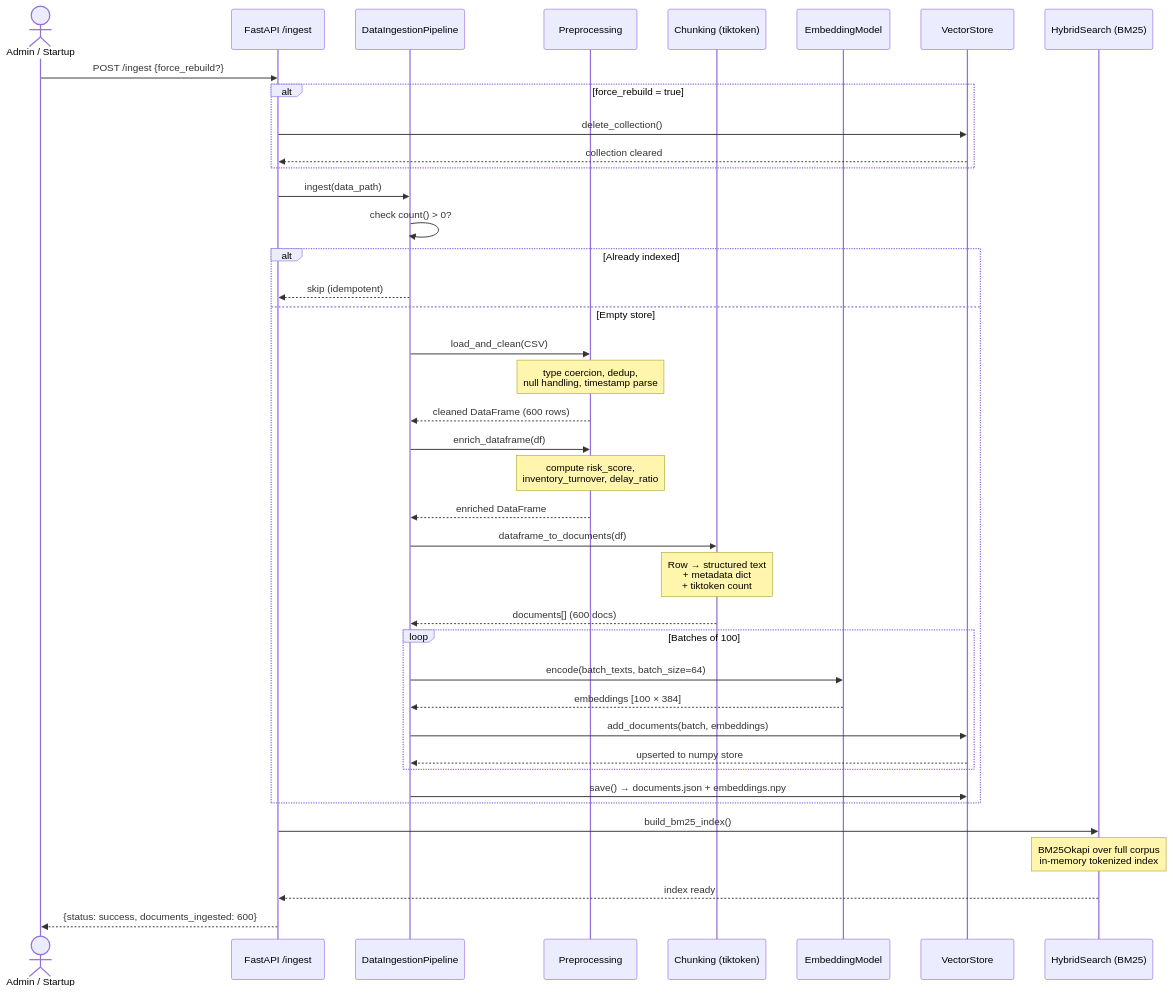
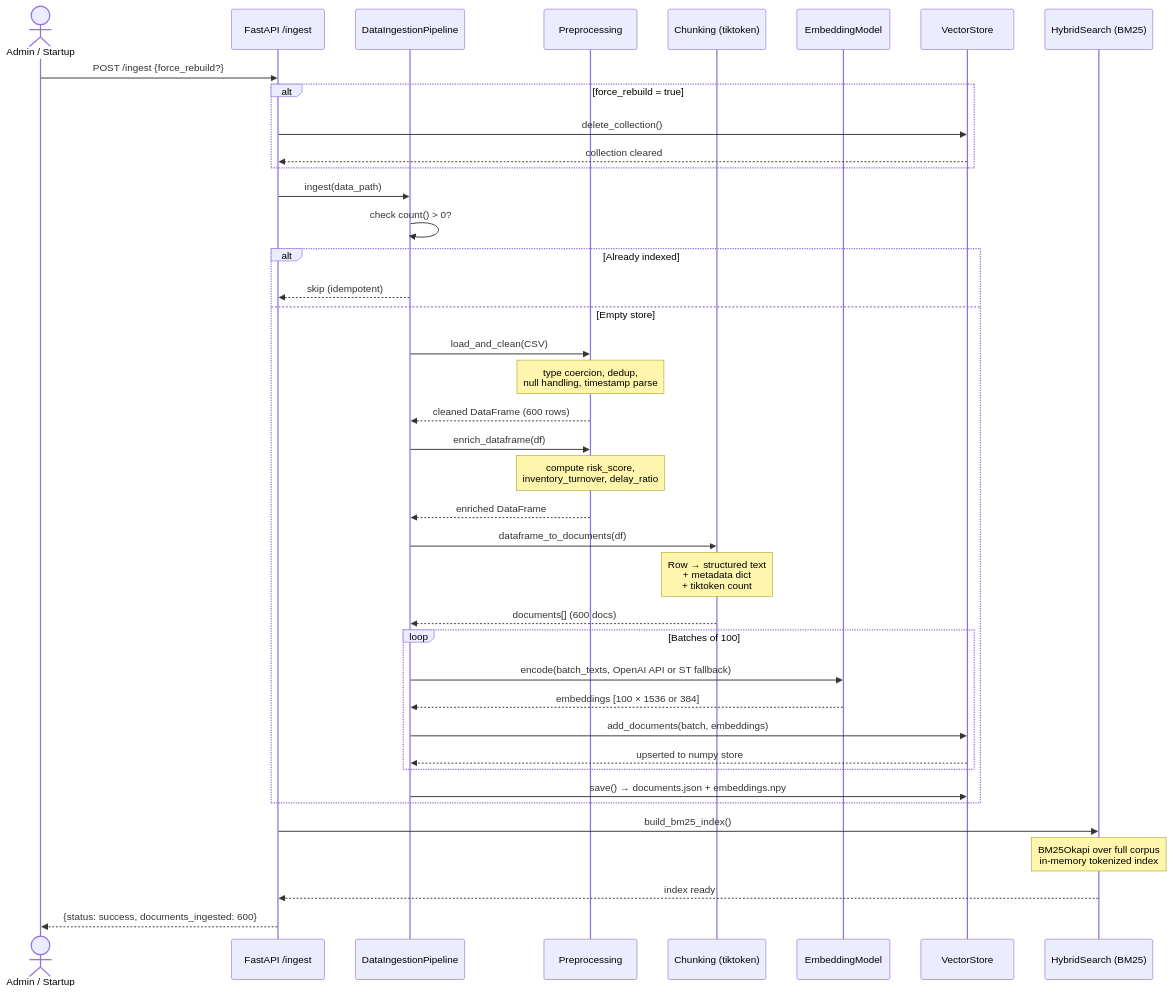
The fourth of 9 diagrams in diagrams/DIAGRAMS.md (sidsingh17/Capstone-Project), drawn with Mermaid before and after one commit. The commit also changed other lines of this file and 5 other files, not shown here.

````diff
--- a/diagrams/DIAGRAMS.md
+++ b/diagrams/DIAGRAMS.md
@@ -170,52 +171,52 @@
 ```mermaid
 sequenceDiagram
     actor ADM as Admin / Startup
     participant API as FastAPI /ingest
     participant PIP as DataIngestionPipeline
     participant PRE as Preprocessing
     participant CHK as Chunking (tiktoken)
     participant EM as EmbeddingModel
     participant VS as VectorStore
     participant BM as HybridSearch (BM25)
 
     ADM->>API: POST /ingest {force_rebuild?}
     
     alt force_rebuild = true
         API->>VS: delete_collection()
         VS-->>API: collection cleared
     end
 
     API->>PIP: ingest(data_path)
     PIP->>PIP: check count() > 0?
     
     alt Already indexed
         PIP-->>API: skip (idempotent)
     else Empty store
         PIP->>PRE: load_and_clean(CSV)
         Note over PRE: type coercion, dedup,<br/>null handling, timestamp parse
         PRE-->>PIP: cleaned DataFrame (600 rows)
 
         PIP->>PRE: enrich_dataframe(df)
         Note over PRE: compute risk_score,<br/>inventory_turnover, delay_ratio
         PRE-->>PIP: enriched DataFrame
 
         PIP->>CHK: dataframe_to_documents(df)
         Note over CHK: Row → structured text<br/>+ metadata dict<br/>+ tiktoken count
         CHK-->>PIP: documents[] (600 docs)
 
         loop Batches of 100
-            PIP->>EM: encode(batch_texts, batch_size=64)
-            EM-->>PIP: embeddings [100 × 384]
+            PIP->>EM: encode(batch_texts, OpenAI API or ST fallback)
+            EM-->>PIP: embeddings [100 × 1536 or 384]
             PIP->>VS: add_documents(batch, embeddings)
             VS-->>PIP: upserted to numpy store
         end
 
         PIP->>VS: save() → documents.json + embeddings.npy
     end
 
     API->>BM: build_bm25_index()
     Note over BM: BM25Okapi over full corpus<br/>in-memory tokenized index
     BM-->>API: index ready
 
     API-->>ADM: {status: success, documents_ingested: 600}
 ```
````
